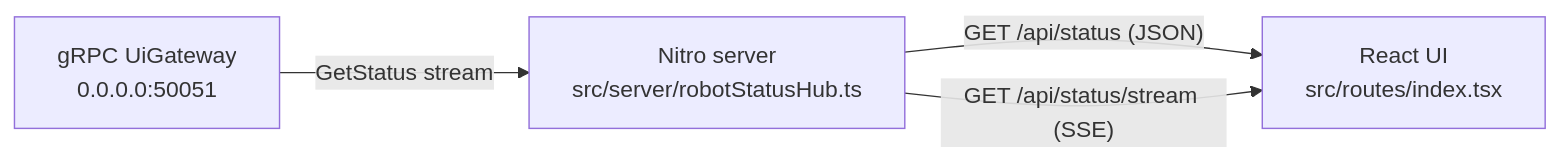
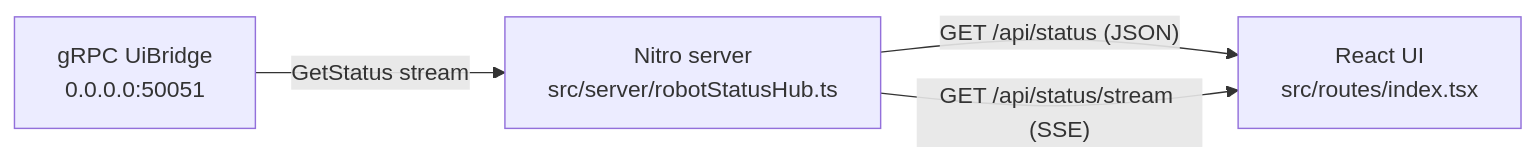
One commit to MicroWebStacks/tanstack-robot-space changed the first of 2 diagrams in README.md. Above: the diagram before and after it, drawn with Mermaid. The commit also changed other lines of this file and 4 other files, not shown here.

````diff
--- a/README.md
+++ b/README.md
@@ -29,6 +29,6 @@
 ```mermaid
 flowchart LR
-  GRPC[gRPC UiGateway<br/>0.0.0.0:50051] -->|GetStatus stream| HUB[Nitro server<br/>src/server/robotStatusHub.ts]
+  GRPC[gRPC UiBridge<br/>0.0.0.0:50051] -->|GetStatus stream| HUB[Nitro server<br/>src/server/robotStatusHub.ts]
   HUB -->|"GET /api/status (JSON)"| UI[React UI<br/>src/routes/index.tsx]
   HUB -->|"GET /api/status/stream (SSE)"| UI
 ```
````
